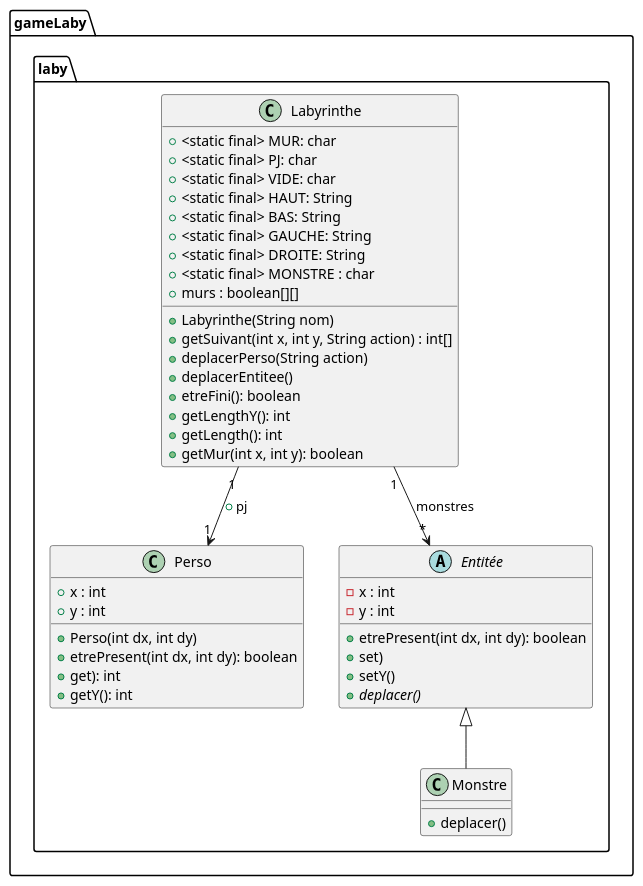
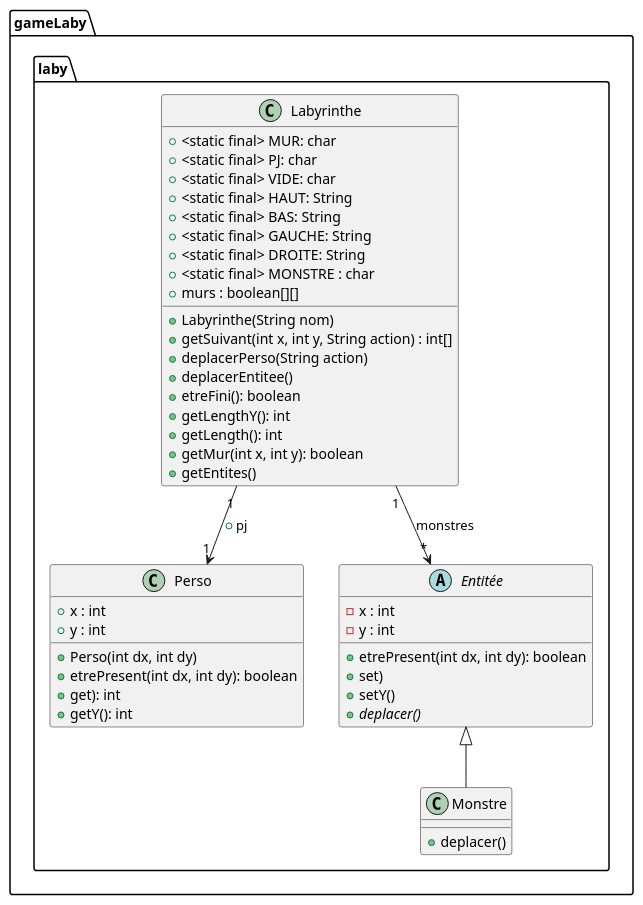
The diagram in zeldiablo/documents/version_2/diagclass_laby.puml (celie-ponroy/2023_S2.01_Zeldiablo_ponroy_roth_prykhodko_bortolotti), drawn with PlantUML before and after one commit. The commit also changed 1 other file, not shown here.

```diff
--- a/zeldiablo/documents/version_2/diagclass_laby.puml
+++ b/zeldiablo/documents/version_2/diagclass_laby.puml
@@ -1,46 +1,47 @@
 @startuml
 package gameLaby.laby{
 class Labyrinthe{
 + <static final> MUR: char
 + <static final> PJ: char
 + <static final> VIDE: char
 + <static final> HAUT: String
 + <static final> BAS: String
 + <static final> GAUCHE: String
 + <static final> DROITE: String
 + <static final> MONSTRE : char
 + murs : boolean[][]
 + Labyrinthe(String nom)
 + getSuivant(int x, int y, String action) : int[]
 + deplacerPerso(String action)
 + deplacerEntitee()
 + etreFini(): boolean
 + getLengthY(): int
 + getLength(): int
 + getMur(int x, int y): boolean
++ getEntites()
 
 }
 class Perso{
 + x : int
 + y : int
 +Perso(int dx, int dy)
 +etrePresent(int dx, int dy): boolean
 +get): int
 +getY(): int
 }
 Abstract class Entitée{
 - x : int
 - y : int
 + etrePresent(int dx, int dy): boolean
 +set)
 +setY()
 +{abstract}deplacer()
 }
 class Monstre{
 +deplacer()
 }
 }
 Labyrinthe "1" --> "*" Entitée : monstres
 Labyrinthe "1" --> "1" Perso : + pj
 Entitée <|-- Monstre
 @enduml
```
